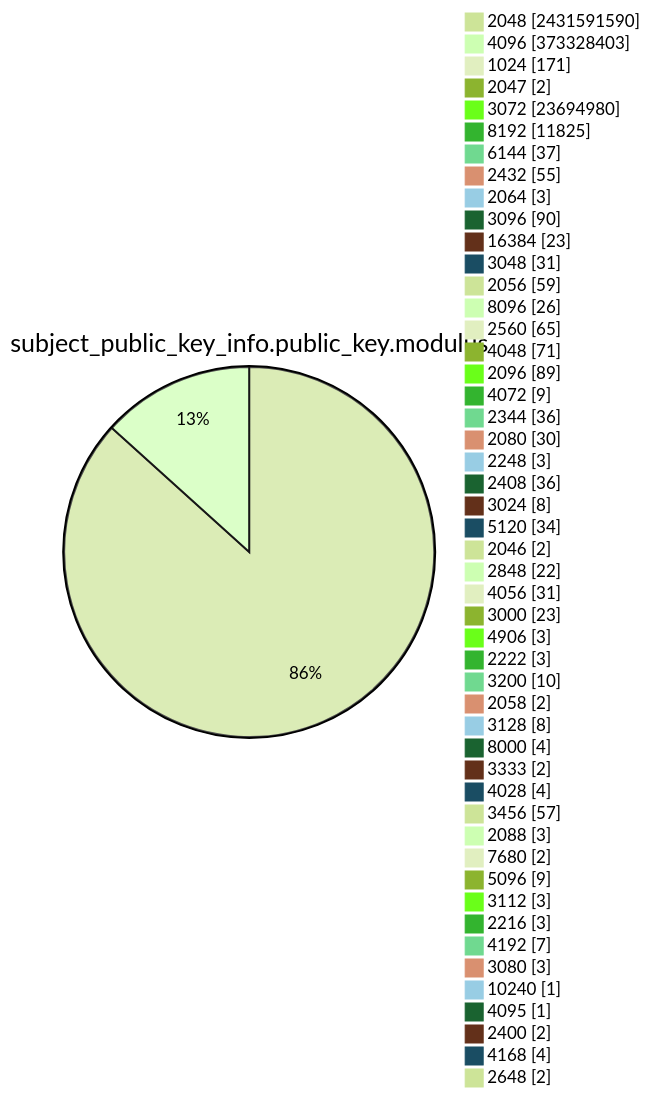
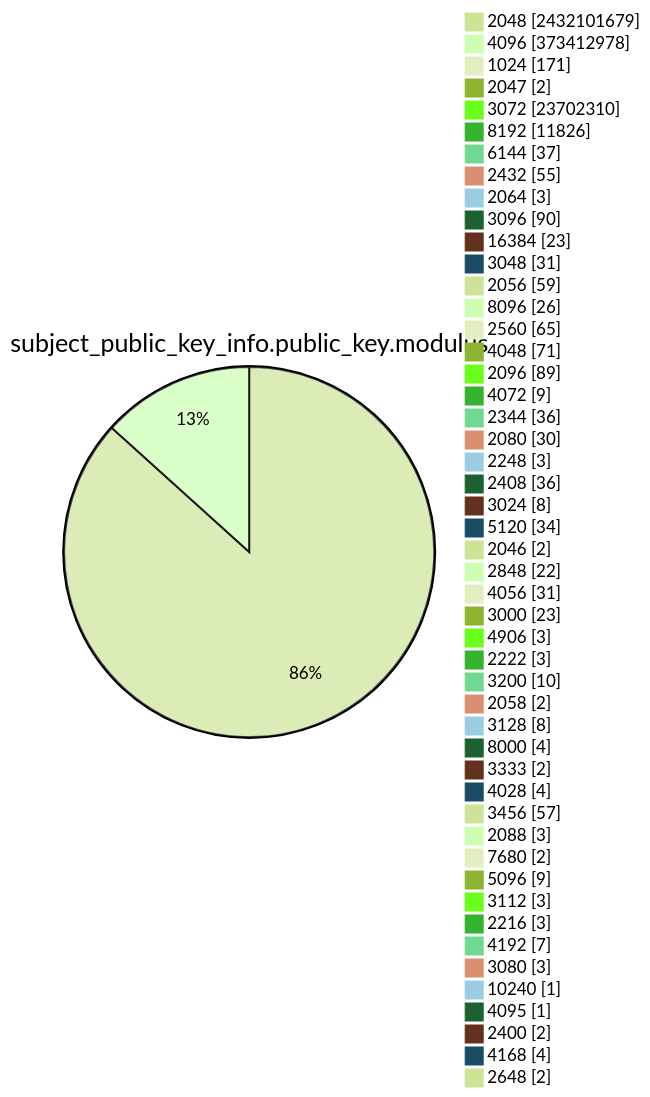
Before and after one commit to christiankrug/ctmonitor_visualization: diagram 13 of 15 in TOTAL/README.md, drawn with Mermaid (forest theme). The commit also changed other lines of this file, not shown here.

````diff
--- a/TOTAL/README.md
+++ b/TOTAL/README.md
@@ -4168,53 +4168,53 @@
 ```mermaid
 pie showData
 title subject_public_key_info.public_key.modulus
-"2048" :2431591590
-"4096" :373328403
+"2048" :2432101679
+"4096" :373412978
 "1024" :171
 "2047" :2
-"3072" :23694980
-"8192" :11825
+"3072" :23702310
+"8192" :11826
 "6144" :37
 "2432" :55
 "2064" :3
 "3096" :90
 "16384" :23
 "3048" :31
 "2056" :59
 "8096" :26
 "2560" :65
 "4048" :71
 "2096" :89
 "4072" :9
 "2344" :36
 "2080" :30
 "2248" :3
 "2408" :36
 "3024" :8
 "5120" :34
 "2046" :2
 "2848" :22
 "4056" :31
 "3000" :23
 "4906" :3
 "2222" :3
 "3200" :10
 "2058" :2
 "3128" :8
 "8000" :4
 "3333" :2
 "4028" :4
 "3456" :57
 "2088" :3
 "7680" :2
 "5096" :9
 "3112" :3
 "2216" :3
 "4192" :7
 "3080" :3
 "10240" :1
 "4095" :1
 "2400" :2
 "4168" :4
 "2648" :2
 ```
````
